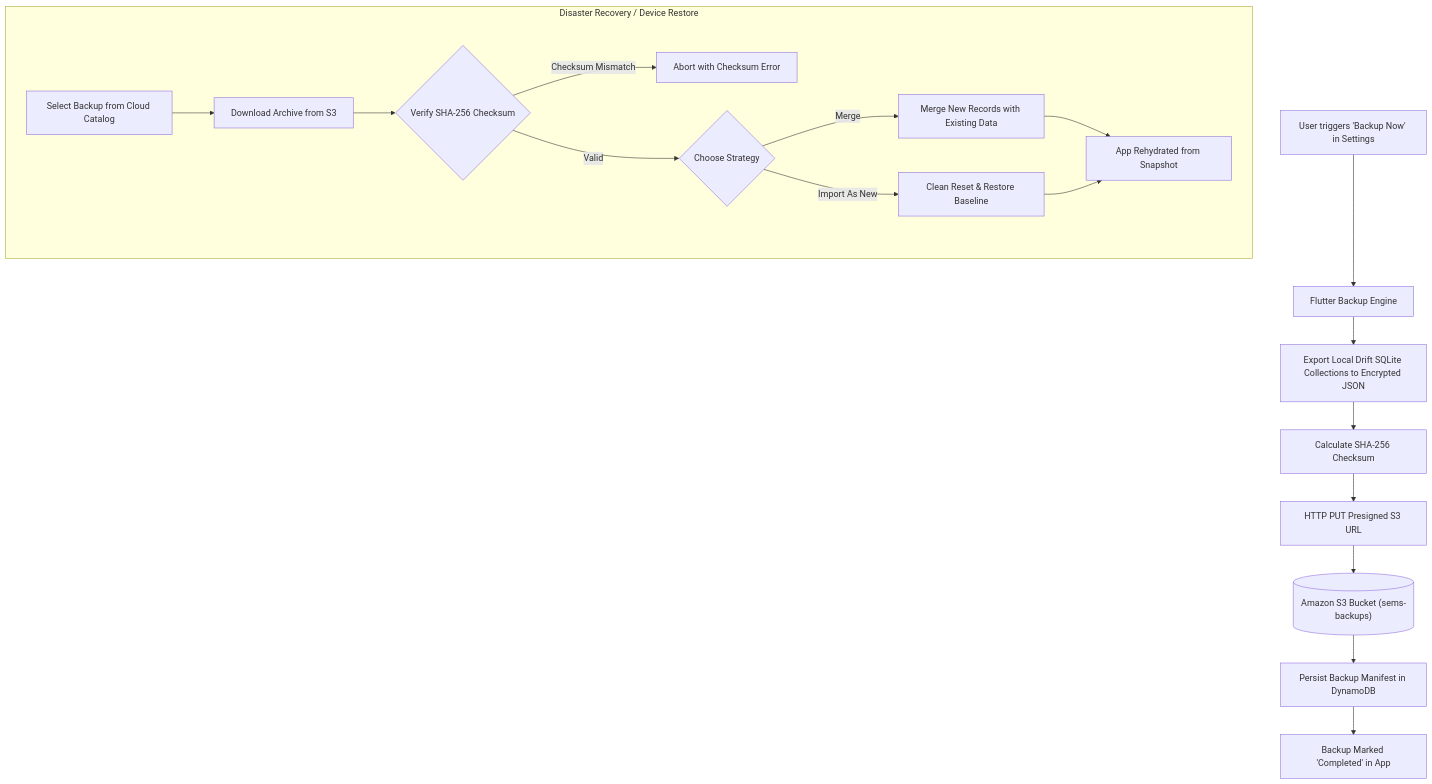
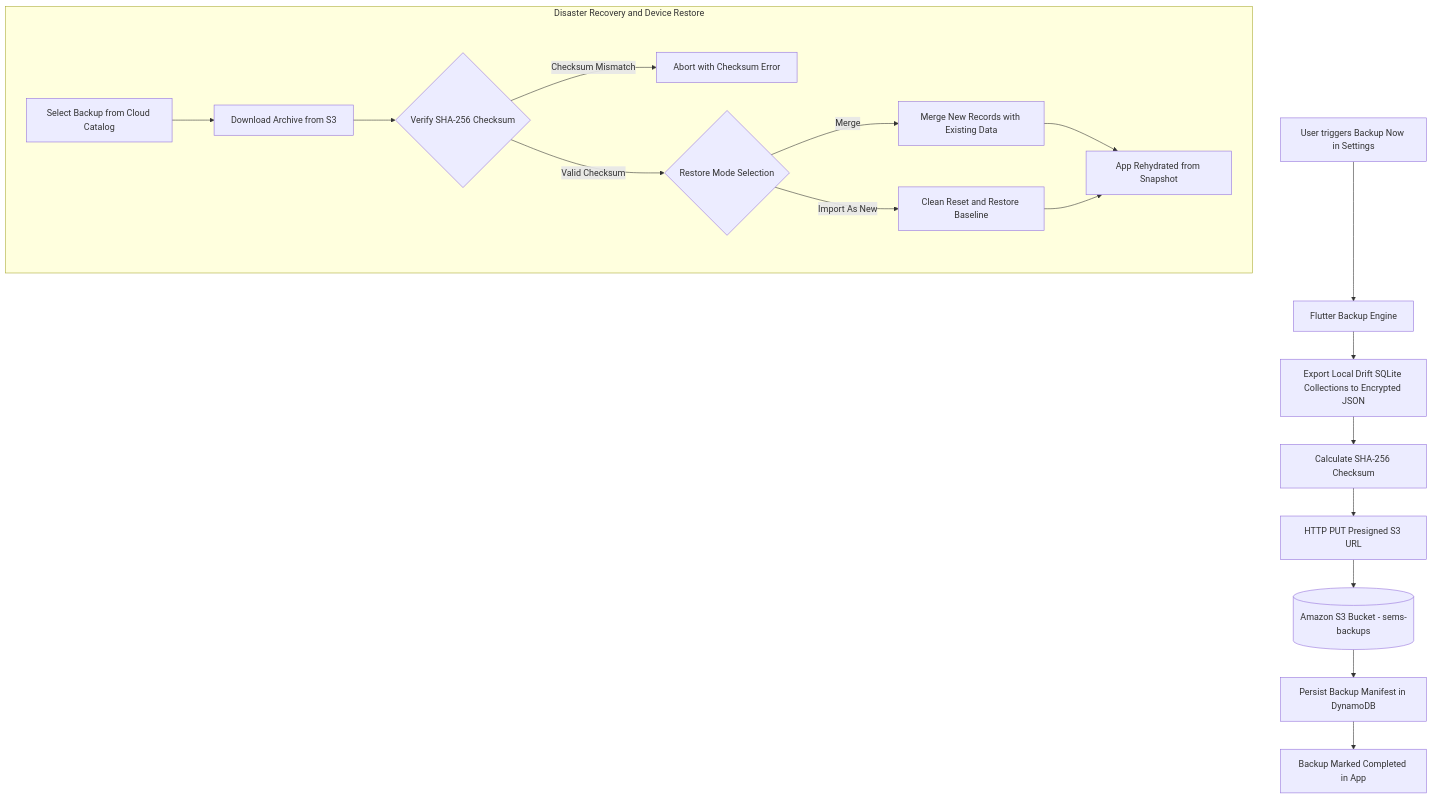
One commit to VimalChaudhary07/SEMS changed diagram 11 of 11 in README.md. Above: the diagram before and after it, drawn with Mermaid. The commit also changed other lines of this file and 5 other files, not shown here.

Commit message:
feat: add backup restore screen, error handling views, and golden tests

````diff
--- a/README.md
+++ b/README.md
@@ -538,21 +541,21 @@
 ```mermaid
 flowchart TD
-    User["User triggers 'Backup Now' in Settings"] --> App["Flutter Backup Engine"]
+    User["User triggers Backup Now in Settings"] --> App["Flutter Backup Engine"]
     App --> ExportDrift["Export Local Drift SQLite Collections to Encrypted JSON"]
     ExportDrift --> Hash["Calculate SHA-256 Checksum"]
     Hash --> Upload["HTTP PUT Presigned S3 URL"]
-    Upload --> S3[("Amazon S3 Bucket (sems-backups)")]
+    Upload --> S3[("Amazon S3 Bucket - sems-backups")]
     S3 --> RecordManifest["Persist Backup Manifest in DynamoDB"]
-    RecordManifest --> Complete["Backup Marked 'Completed' in App"]
+    RecordManifest --> Complete["Backup Marked Completed in App"]
 
-    subgraph RestoreFlow["Disaster Recovery / Device Restore"]
+    subgraph RestoreFlow["Disaster Recovery and Device Restore"]
         SelectBackup["Select Backup from Cloud Catalog"] --> FetchS3["Download Archive from S3"]
         FetchS3 --> VerifyHash{"Verify SHA-256 Checksum"}
         VerifyHash -->|Checksum Mismatch| Fail["Abort with Checksum Error"]
-        VerifyHash -->|Valid| Strategy{"Choose Strategy"}
+        VerifyHash -->|Valid Checksum| Strategy{"Restore Mode Selection"}
         Strategy -->|Merge| Merge["Merge New Records with Existing Data"]
-        Strategy -->|Import As New| Overwrite["Clean Reset & Restore Baseline"]
+        Strategy -->|Import As New| Overwrite["Clean Reset and Restore Baseline"]
         Merge --> Finish["App Rehydrated from Snapshot"]
         Overwrite --> Finish
     end
 ```
````
